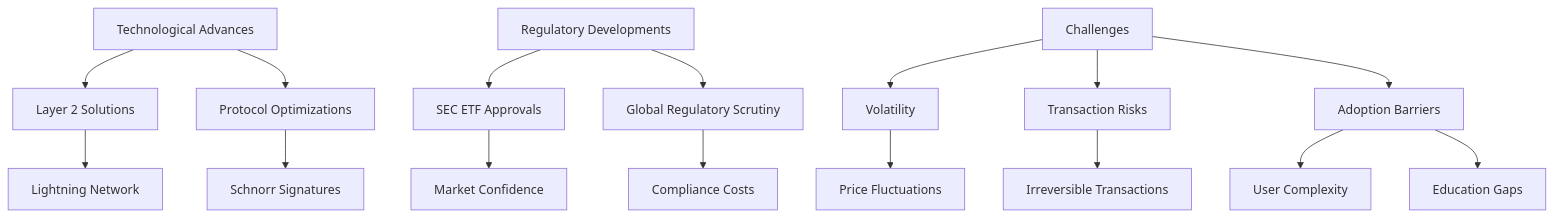
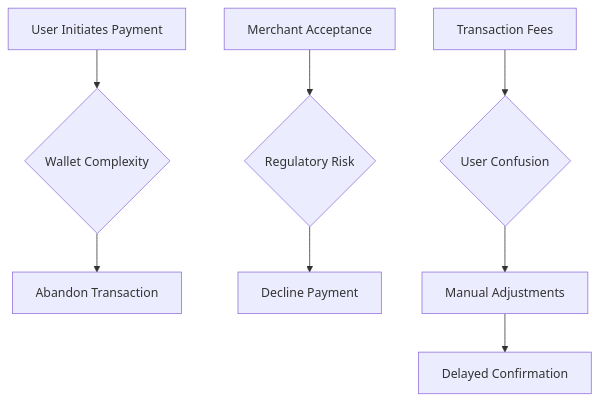
One commit to EAValov/research-engine changed the diagram in Examples/Why Bitcoin still not widely adopted.md. Above: the diagram before and after it, drawn with Mermaid. The commit also changed other lines of this file and 3 other files, not shown here.

````diff
--- a/Examples/Why Bitcoin still not widely adopted.md
+++ b/Examples/Why Bitcoin still not widely adopted.md
@@ -62,18 +60,10 @@
-```mermaid
-graph TD
-    A[Technological Advances] --> B[Layer 2 Solutions]
-    A --> C[Protocol Optimizations]
-    D[Regulatory Developments] --> E[SEC ETF Approvals]
-    D --> F[Global Regulatory Scrutiny]
-    G[Challenges] --> H[Volatility]
-    G --> I[Transaction Risks]
-    G --> J[Adoption Barriers]
-    B --> K[Lightning Network]
-    C --> L[Schnorr Signatures]
-    E --> M[Market Confidence]
-    F --> N[Compliance Costs]
-    H --> O[Price Fluctuations]
-    I --> P[Irreversible Transactions]
-    J --> Q[User Complexity]
-    J --> R[Education Gaps]
+```mermaid  
+graph TD  
+    A[User Initiates Payment] --> B{Wallet Complexity}  
+    B --> C[Abandon Transaction]  
+    D[Merchant Acceptance] --> E{Regulatory Risk}  
+    E --> F[Decline Payment]  
+    G[Transaction Fees] --> H{User Confusion}  
+    H --> I[Manual Adjustments]  
+    I --> J[Delayed Confirmation]  
 ```
````
